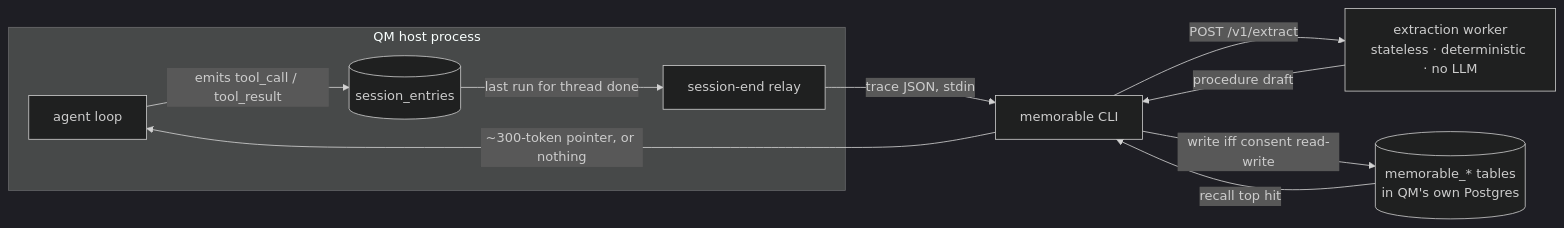
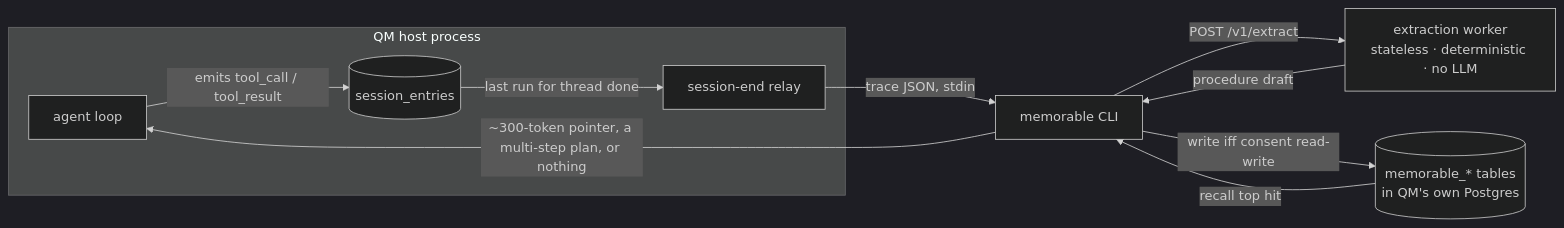
The second of 2 diagrams in README.md (yc-software/qm), drawn with Mermaid (dark theme) before and after one commit. The commit also changed other lines of this file and 2 other files, not shown here.

First line of the commit message:
memorable: accept a multi-step plan, and stop truncating injections

````diff
--- a/README.md
+++ b/README.md
@@ -194,13 +203,13 @@
 ```mermaid
 flowchart LR
   subgraph QM["QM host process"]
     LOOP["agent loop"] -->|emits tool_call / tool_result| SE[("session_entries")]
     SE -->|last run for thread done| RELAY["session-end relay"]
   end
   RELAY -->|trace JSON, stdin| CLI["memorable CLI"]
   CLI -->|POST /v1/extract| API["extraction worker<br/>stateless · deterministic · no LLM"]
   API -->|procedure draft| CLI
   CLI -->|write iff consent read-write| DB[("memorable_* tables<br/>in QM's own Postgres")]
   DB -->|recall top hit| CLI
-  CLI -->|"~300-token pointer, or nothing"| LOOP
+  CLI -->|"~300-token pointer, a multi-step plan, or nothing"| LOOP
 ```
````
